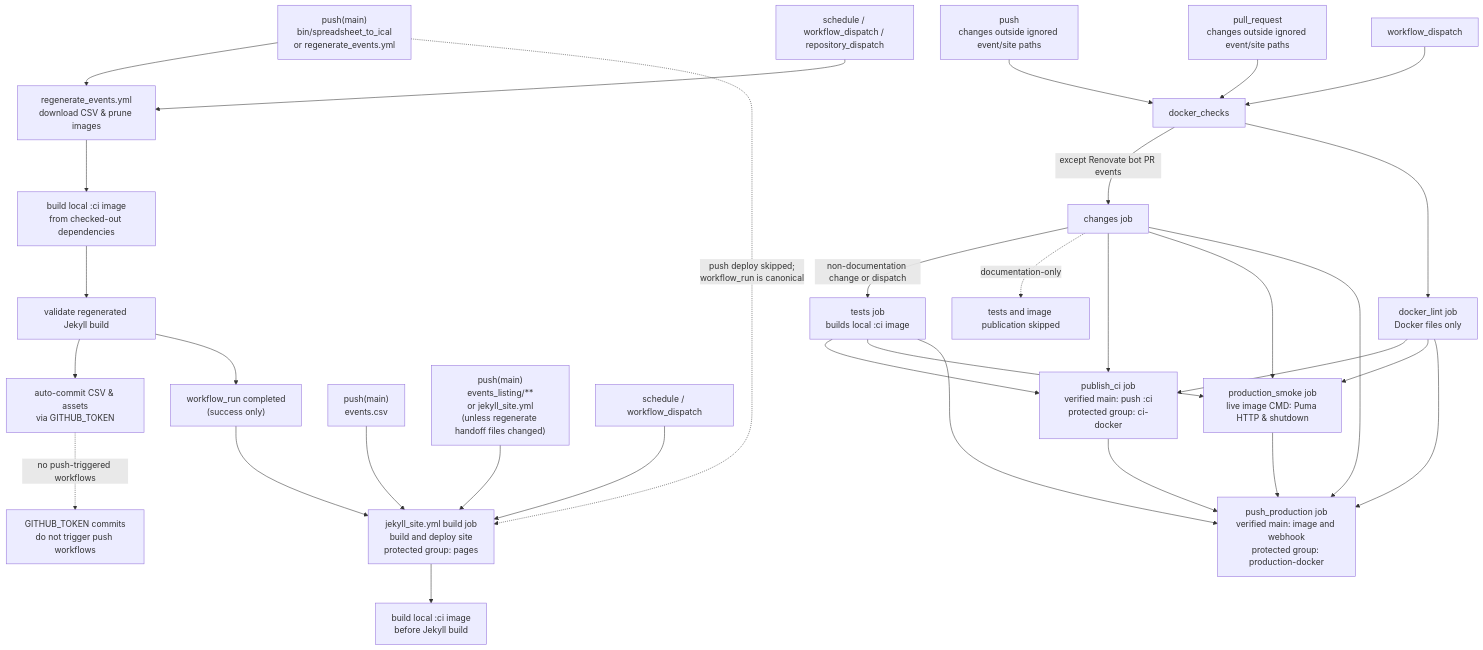
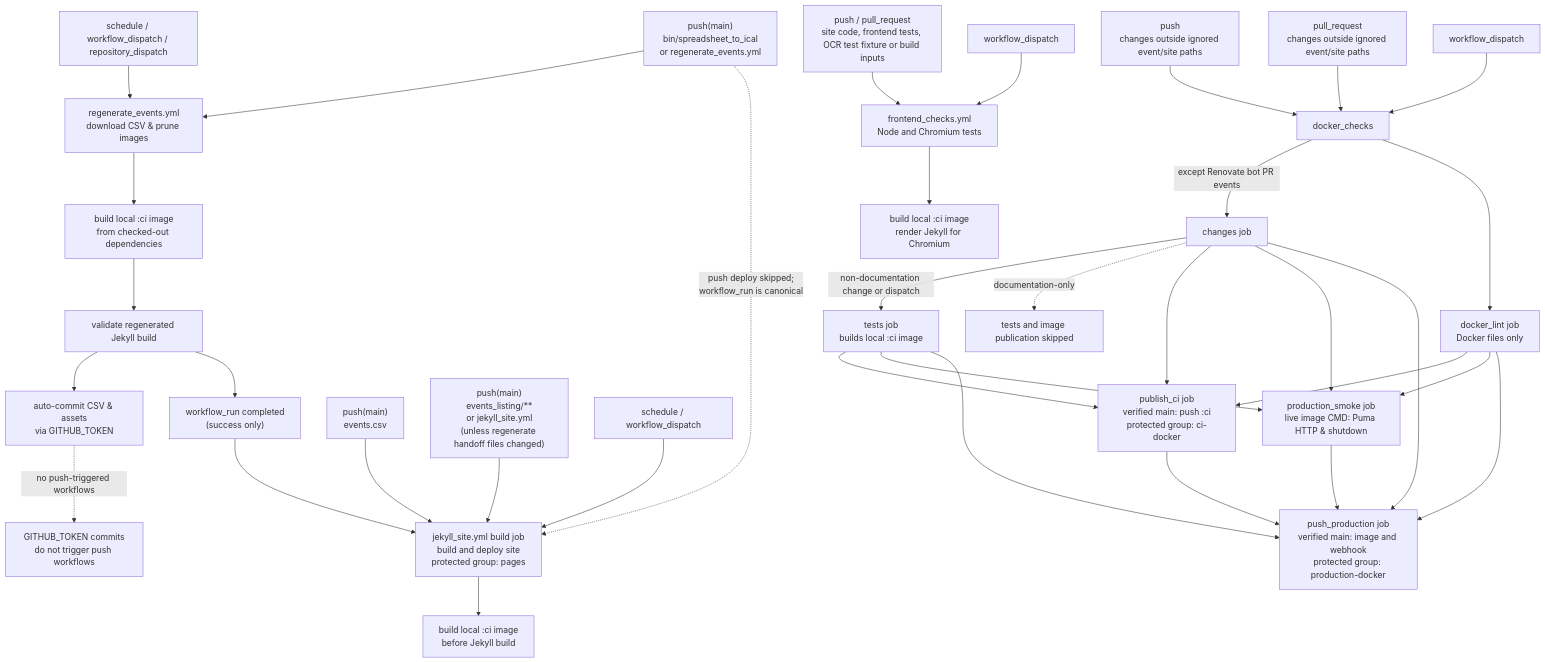
Before and after one commit to zewelor/ps_events: the diagram in .github/workflows/README.md, drawn with Mermaid. The commit also changed other lines of this file and 3 other files, not shown here.

First line of the commit message:
Run frontend checks in GitHub Actions

````diff
--- a/.github/workflows/README.md
+++ b/.github/workflows/README.md
@@ -9,40 +9,44 @@
 ```mermaid
 flowchart TD
     push_regen["push(main)<br/>bin/spreadsheet_to_ical<br/>or regenerate_events.yml"] --> regenerate["regenerate_events.yml<br/>download CSV & prune images"]
     schedule_regen["schedule / workflow_dispatch / repository_dispatch"] --> regenerate
 
     regenerate --> regen_image["build local :ci image<br/>from checked-out dependencies"]
     regen_image --> regen_validate["validate regenerated Jekyll build"]
     regen_validate --> regen_commit["auto-commit CSV & assets<br/>via GITHUB_TOKEN"]
     regen_validate --> regen_complete["workflow_run completed<br/>(success only)"]
     regen_complete --> jekyll["jekyll_site.yml build job<br/>build and deploy site<br/>protected group: pages"]
 
     regen_commit -. no push-triggered workflows .-> token_note["GITHUB_TOKEN commits<br/>do not trigger push workflows"]
     push_regen -. push deploy skipped;<br/>workflow_run is canonical .-> jekyll
 
     push_events["push(main)<br/>events.csv"] --> jekyll
 
     push_site["push(main)<br/>events_listing/**<br/>or jekyll_site.yml<br/>(unless regenerate handoff files changed)"] --> jekyll
     schedule_site["schedule / workflow_dispatch"] --> jekyll
     jekyll --> site_image["build local :ci image<br/>before Jekyll build"]
+
+    frontend_change["push / pull_request<br/>site code, frontend tests, OCR test fixture or build inputs"] --> frontend_checks["frontend_checks.yml<br/>Node and Chromium tests"]
+    dispatch_frontend["workflow_dispatch"] --> frontend_checks
+    frontend_checks --> frontend_image["build local :ci image<br/>render Jekyll for Chromium"]
 
     push_backend["push<br/>changes outside ignored event/site paths"] --> docker_checks
     pr_backend["pull_request<br/>changes outside ignored event/site paths"] --> docker_checks
     dispatch_backend["workflow_dispatch"] --> docker_checks
 
     docker_checks -->|except Renovate bot PR events| docker_changes["changes job"]
     docker_changes -->|non-documentation change or dispatch| docker_tests["tests job<br/>builds local :ci image"]
     docker_changes -. documentation-only .-> docker_docs["tests and image publication skipped"]
     docker_checks --> docker_lint["docker_lint job<br/>Docker files only"]
     docker_tests --> docker_ci["publish_ci job<br/>verified main: push :ci<br/>protected group: ci-docker"]
     docker_changes --> docker_ci
     docker_lint --> docker_ci
     docker_tests --> docker_smoke["production_smoke job<br/>live image CMD: Puma HTTP & shutdown"]
     docker_changes --> docker_smoke
     docker_lint --> docker_smoke
     docker_ci --> docker_production["push_production job<br/>verified main: image and webhook<br/>protected group: production-docker"]
     docker_smoke --> docker_production
     docker_changes --> docker_production
     docker_tests --> docker_production
     docker_lint --> docker_production
 ```
````
